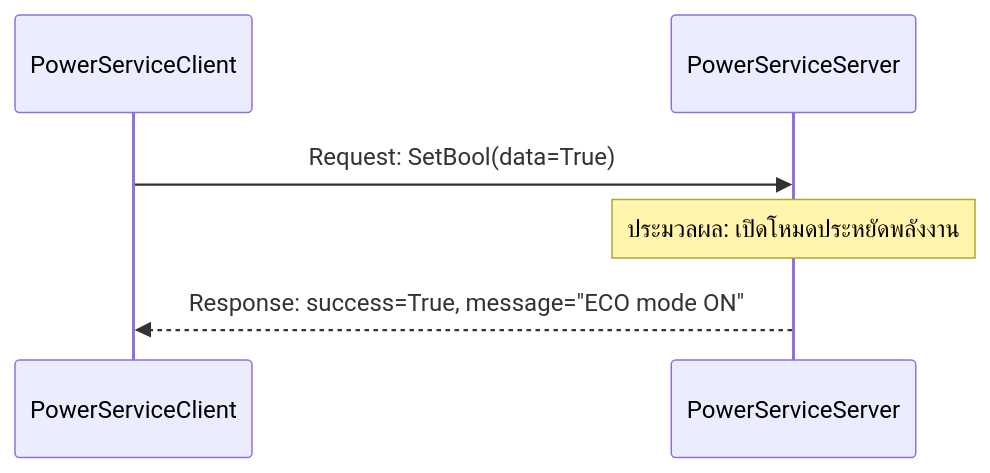
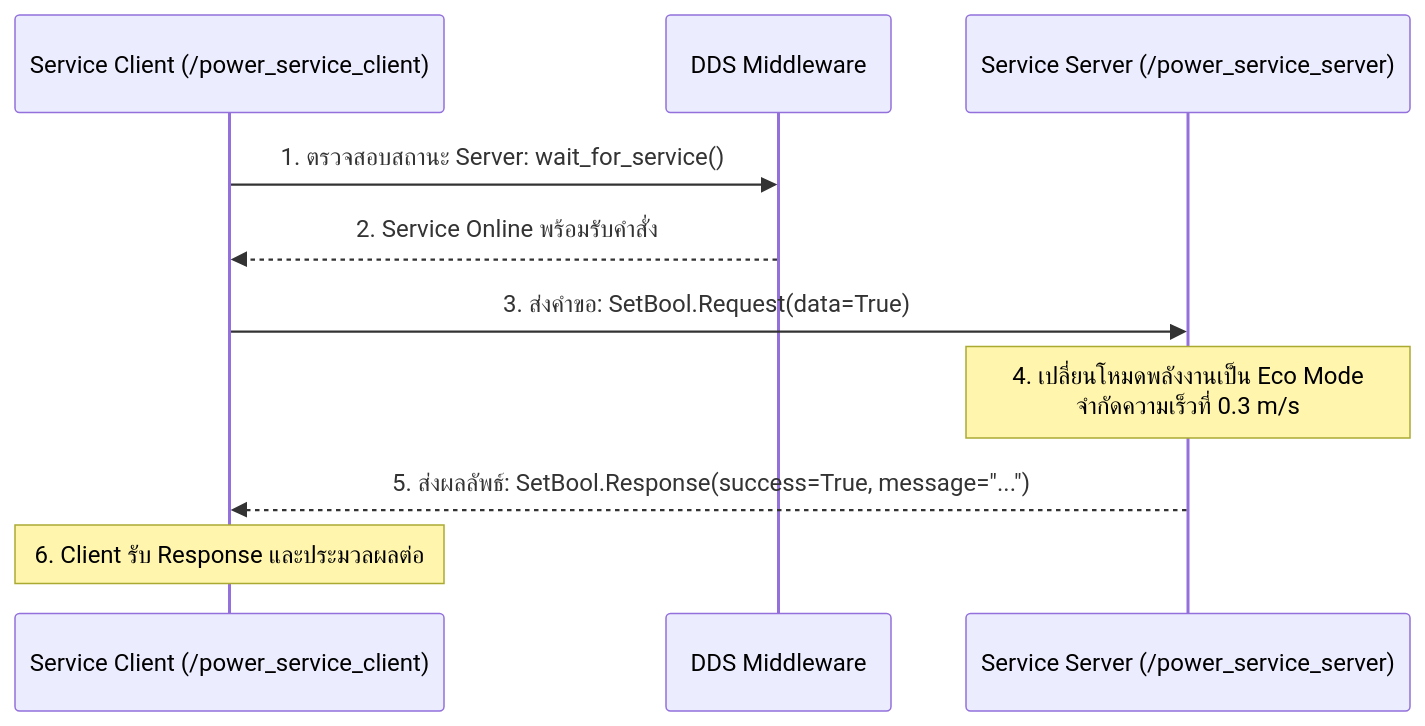
Before and after one commit to alfaXphoori/ros2: the first of 2 diagrams in Essential_ROS/Week_03_Services_Clients/Readme.md, drawn with Mermaid. The commit also changed other lines of this file and 43 other files, not shown here.

````diff
--- a/Essential_ROS/Week_03_Services_Clients/Readme.md
+++ b/Essential_ROS/Week_03_Services_Clients/Readme.md
@@ -14,9 +35,13 @@
 ```mermaid
 sequenceDiagram
-    participant Client as PowerServiceClient
-    participant Server as PowerServiceServer
+    participant Client as Service Client (/power_service_client)
+    participant DDS as DDS Middleware
+    participant Server as Service Server (/power_service_server)
 
-    Client->>Server: Request: SetBool(data=True)
-    Note over Server: ประมวลผล: เปิดโหมดประหยัดพลังงาน
-    Server-->>Client: Response: success=True, message="ECO mode ON"
+    Client->>DDS: 1. ตรวจสอบสถานะ Server: wait_for_service()
+    DDS-->>Client: 2. Service Online พร้อมรับคำสั่ง
+    Client->>Server: 3. ส่งคำขอ: SetBool.Request(data=True)
+    Note over Server: 4. เปลี่ยนโหมดพลังงานเป็น Eco Mode<br/>จำกัดความเร็วที่ 0.3 m/s
+    Server-->>Client: 5. ส่งผลลัพธ์: SetBool.Response(success=True, message="...")
+    Note over Client: 6. Client รับ Response และประมวลผลต่อ
 ```
````
